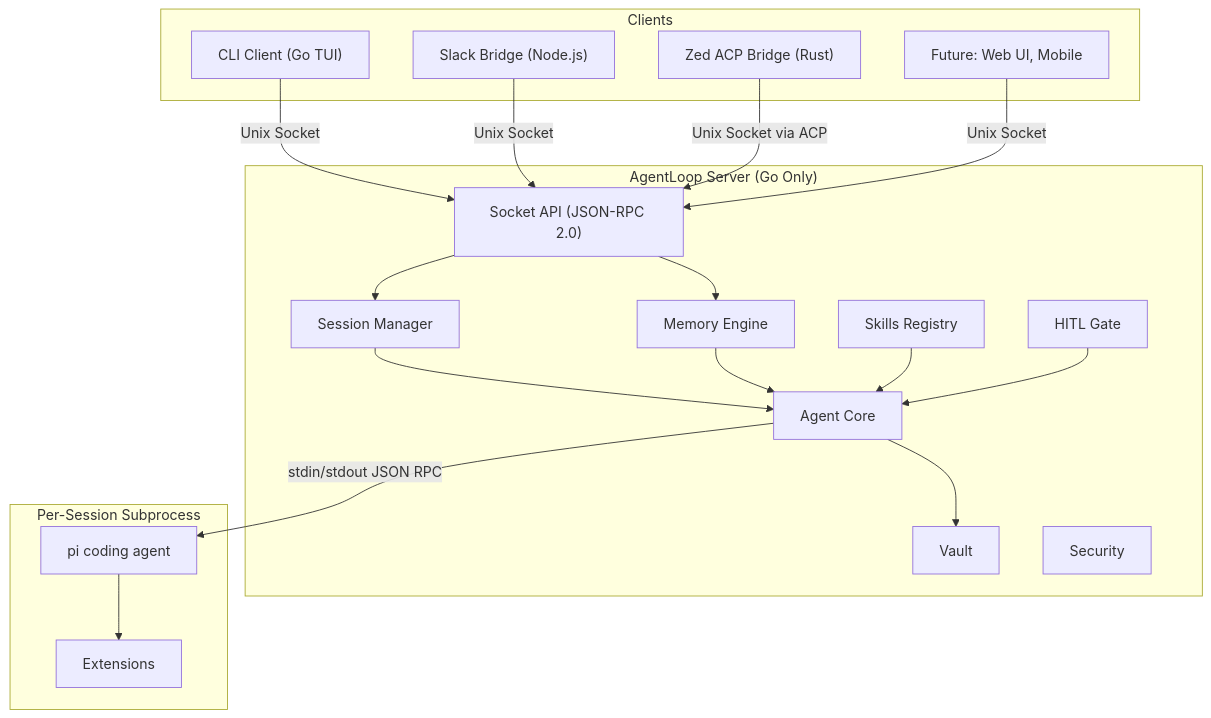
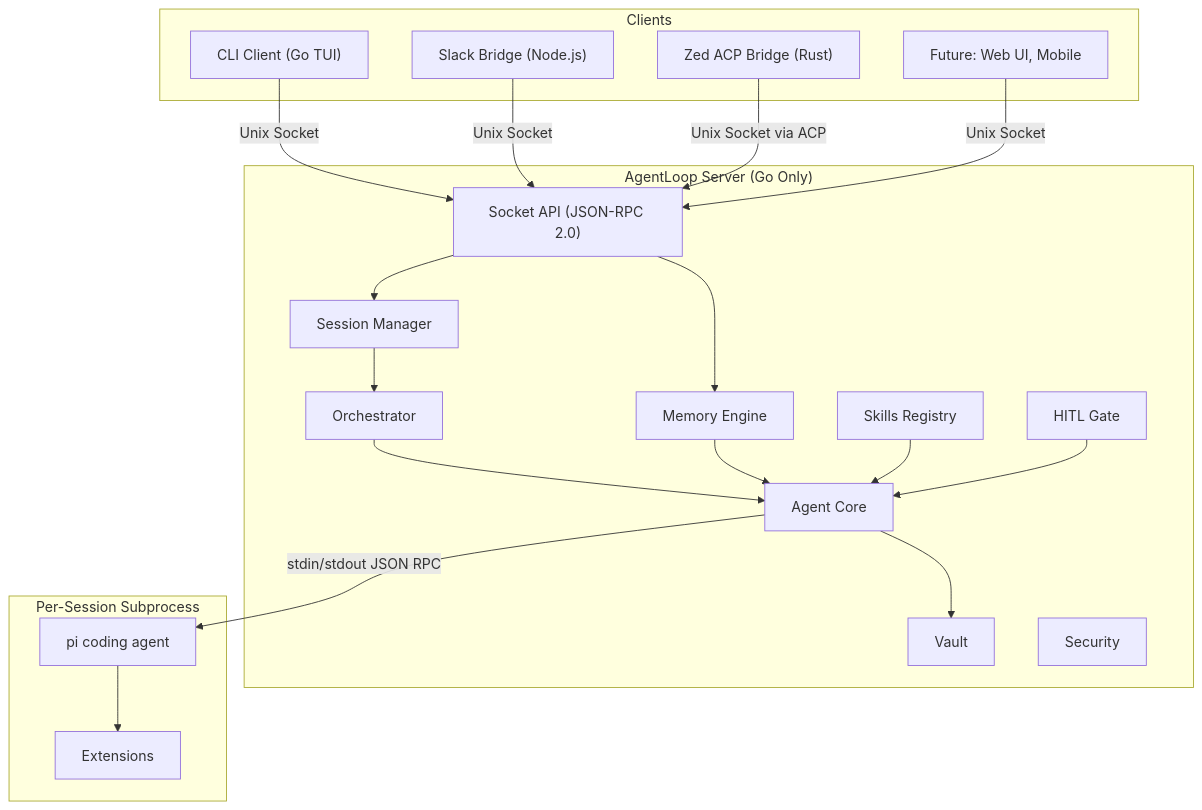
One commit to MarcoMruz/agentloop-docs changed the diagram in src/content/docs/architecture/system-design.mdx. Above: the diagram before and after it, drawn with Mermaid. The commit also changed other lines of this file and 14 other files, not shown here.

````diff
--- a/src/content/docs/architecture/system-design.mdx
+++ b/src/content/docs/architecture/system-design.mdx
@@ -45,40 +45,42 @@
 ```mermaid
 graph TD
     subgraph Clients
         CLI["CLI Client (Go TUI)"]
         Slack["Slack Bridge (Node.js)"]
         Zed["Zed ACP Bridge (Rust)"]
         Web["Future: Web UI, Mobile"]
     end
 
     subgraph "AgentLoop Server (Go Only)"
         API["Socket API (JSON-RPC 2.0)"]
         SM["Session Manager"]
+        Orch["Orchestrator"]
         Mem["Memory Engine"]
         Core["Agent Core"]
         Skills["Skills Registry"]
         HITL["HITL Gate"]
         Vault["Vault"]
         Sec["Security"]
     end
 
     subgraph "Per-Session Subprocess"
         Pi["pi coding agent"]
         Ext["Extensions"]
     end
 
     CLI -->|Unix Socket| API
     Slack -->|Unix Socket| API
     Zed -->|Unix Socket via ACP| API
     Web -->|Unix Socket| API
 
     API --> SM
     API --> Mem
-    SM --> Core
+    SM --> Orch
+    Orch --> Core
     Mem --> Core
     Skills --> Core
     HITL --> Core
     Core -->|stdin/stdout JSON RPC| Pi
     Pi --> Ext
     Core --> Vault
 ```
````
